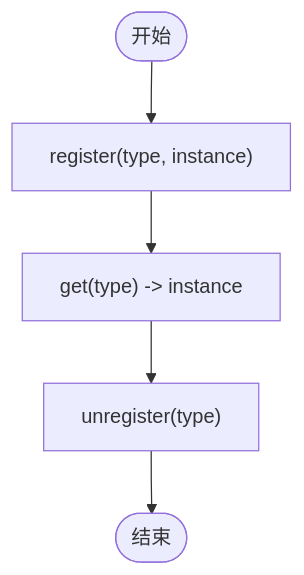
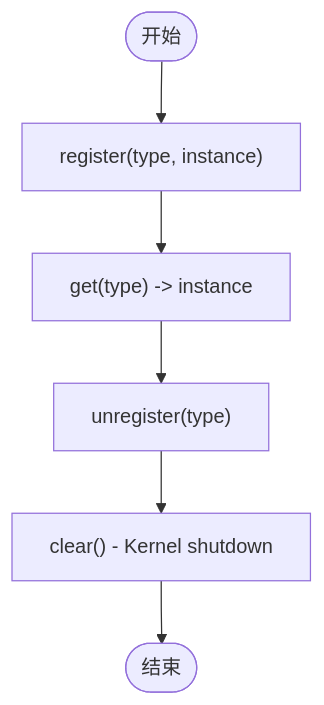
The fifth of 9 diagrams in .qoder/repowiki/zh/content/架构设计/微内核架构.md (super1wang/LaserCNCv1.0), drawn with Mermaid before and after one commit. The commit also changed other lines of this file and 23 other files, not shown here.

````diff
--- a/.qoder/repowiki/zh/content/架构设计/微内核架构.md
+++ b/.qoder/repowiki/zh/content/架构设计/微内核架构.md
@@ -263,7 +314,8 @@
 ```mermaid
 flowchart TD
 S0(["开始"]) --> R0["register(type, instance)"]
 R0 --> G0["get(type) -> instance"]
 G0 --> U0["unregister(type)"]
-U0 --> S1(["结束"])
+U0 --> Clear["clear() - Kernel shutdown"]
+Clear --> S1(["结束"])
 ```
````
